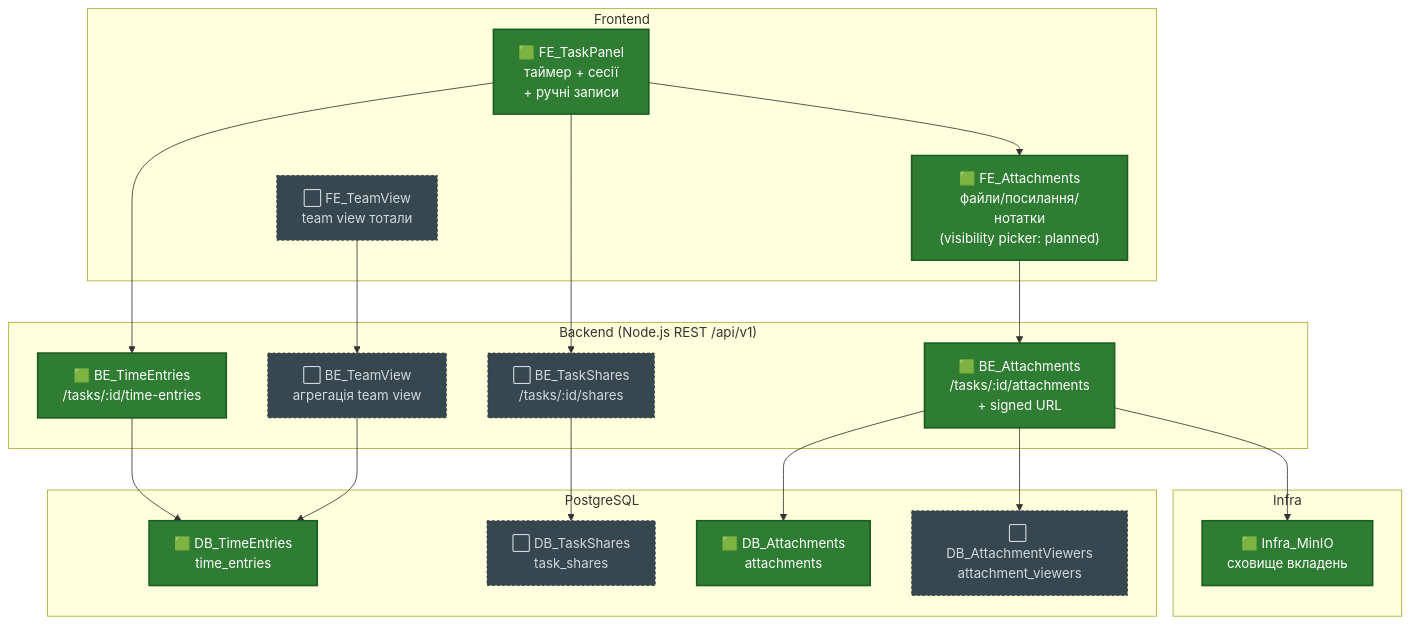
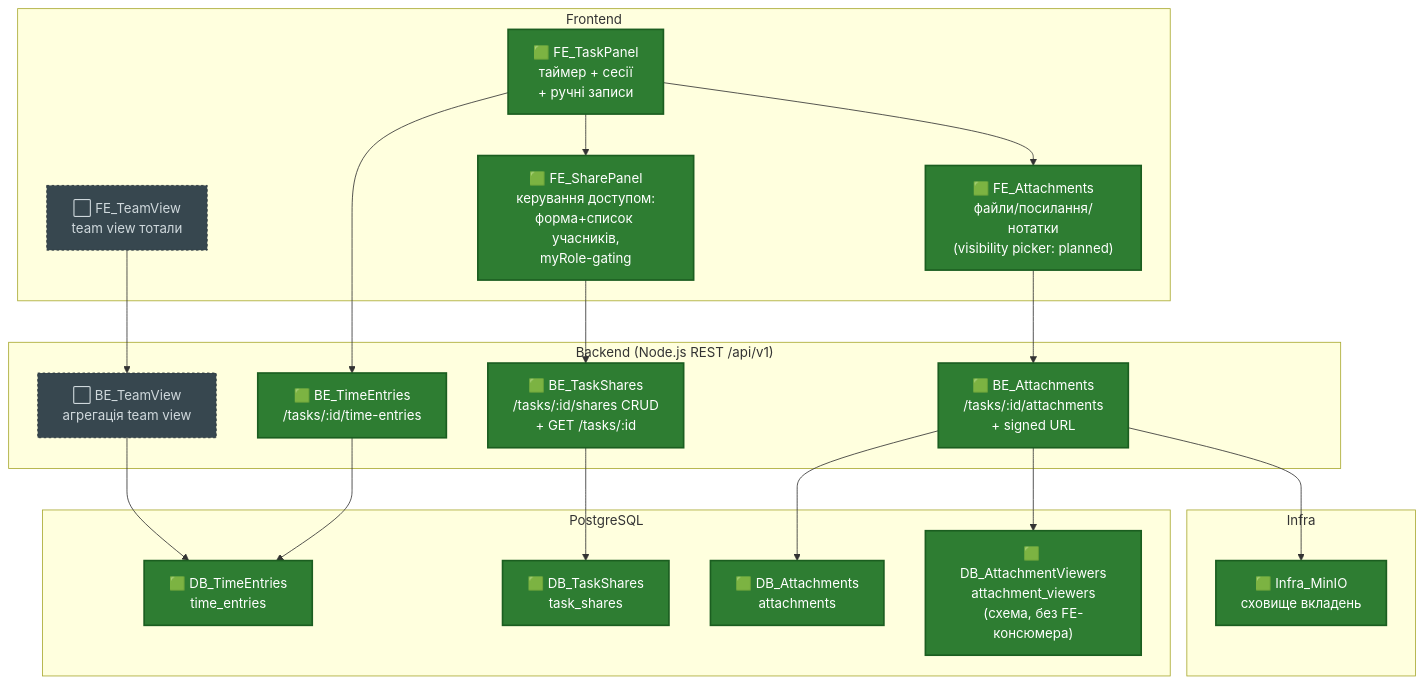
Before and after one commit to ansukhorukova/learn-it: the third of 4 diagrams in PROJECT_MAP.md, drawn with Mermaid. The commit also changed other lines of this file and 2 other files, not shown here.

Commit message:
docs: update PROJECT_MAP.md — Board & Task Sharing (US13-US17) позначено done після Approve з фіксом reindex-leak

````diff
--- a/PROJECT_MAP.md
+++ b/PROJECT_MAP.md
@@ -103,45 +105,47 @@
 ```mermaid
 graph TD
   classDef done fill:#2e7d32,color:#ffffff,stroke:#1b5e20,stroke-width:2px;
   classDef progress fill:#f9a825,color:#1a1a1a,stroke:#f57f17,stroke-width:2px;
   classDef planned fill:#37474f,color:#cfd8dc,stroke:#263238,stroke-width:1px,stroke-dasharray: 3 3;
 
   subgraph FE["Frontend"]
     FE_TaskPanel["🟩 FE_TaskPanel<br/>таймер + сесії<br/>+ ручні записи"]
     FE_Attachments["🟩 FE_Attachments<br/>файли/посилання/нотатки<br/>(visibility picker: planned)"]
+    FE_SharePanel["🟩 FE_SharePanel<br/>керування доступом:<br/>форма+список учасників,<br/>myRole-gating"]
     FE_TeamView["⬜ FE_TeamView<br/>team view тотали"]
   end
 
   subgraph BE["Backend (Node.js REST /api/v1)"]
     BE_TimeEntries["🟩 BE_TimeEntries<br/>/tasks/:id/time-entries"]
-    BE_TaskShares["⬜ BE_TaskShares<br/>/tasks/:id/shares"]
+    BE_TaskShares["🟩 BE_TaskShares<br/>/tasks/:id/shares CRUD<br/>+ GET /tasks/:id"]
     BE_Attachments["🟩 BE_Attachments<br/>/tasks/:id/attachments<br/>+ signed URL"]
     BE_TeamView["⬜ BE_TeamView<br/>агрегація team view"]
   end
 
   subgraph DB["PostgreSQL"]
     DB_TimeEntries["🟩 DB_TimeEntries<br/>time_entries"]
-    DB_TaskShares["⬜ DB_TaskShares<br/>task_shares"]
+    DB_TaskShares["🟩 DB_TaskShares<br/>task_shares"]
     DB_Attachments["🟩 DB_Attachments<br/>attachments"]
-    DB_AttachmentViewers["⬜ DB_AttachmentViewers<br/>attachment_viewers"]
+    DB_AttachmentViewers["🟩 DB_AttachmentViewers<br/>attachment_viewers<br/>(схема, без FE-консюмера)"]
   end
 
   subgraph Infra["Infra"]
     Infra_MinIO["🟩 Infra_MinIO<br/>сховище вкладень"]
   end
 
   FE_TaskPanel --> BE_TimeEntries
   BE_TimeEntries --> DB_TimeEntries
-  FE_TaskPanel --> BE_TaskShares
+  FE_TaskPanel --> FE_SharePanel
+  FE_SharePanel --> BE_TaskShares
   BE_TaskShares --> DB_TaskShares
   FE_TaskPanel --> FE_Attachments
   FE_Attachments --> BE_Attachments
   BE_Attachments --> DB_Attachments
   BE_Attachments --> DB_AttachmentViewers
   BE_Attachments --> Infra_MinIO
   FE_TeamView --> BE_TeamView
   BE_TeamView --> DB_TimeEntries
 
-  class FE_TaskPanel,FE_Attachments,BE_TimeEntries,BE_Attachments,DB_TimeEntries,DB_Attachments,Infra_MinIO done;
-  class BE_TaskShares,BE_TeamView,DB_TaskShares,DB_AttachmentViewers,FE_TeamView planned;
+  class FE_TaskPanel,FE_Attachments,FE_SharePanel,BE_TimeEntries,BE_TaskShares,BE_Attachments,DB_TimeEntries,DB_TaskShares,DB_Attachments,DB_AttachmentViewers,Infra_MinIO done;
+  class BE_TeamView,FE_TeamView planned;
 ```
````
